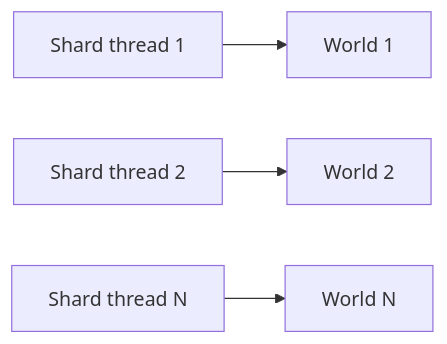
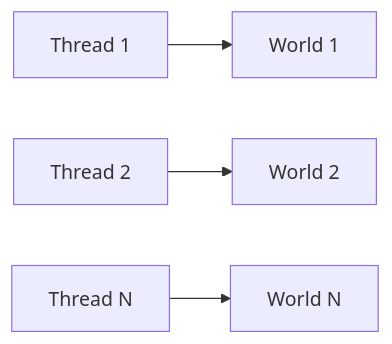
The second of 3 diagrams in doc/guide/threading.md (JasonXuDeveloper/EasyEcs), drawn with Mermaid before and after one commit. The commit also changed other lines of this file and 6 other files, not shown here.

````diff
--- a/doc/guide/threading.md
+++ b/doc/guide/threading.md
@@ -44,6 +44,6 @@
 ```mermaid
 flowchart LR
-    T1[Shard thread 1] --> W1[World 1]
-    T2[Shard thread 2] --> W2[World 2]
-    T3[Shard thread N] --> W3[World N]
+    T1[Thread 1] --> W1[World 1]
+    T2[Thread 2] --> W2[World 2]
+    T3[Thread N] --> W3[World N]
 ```
````
